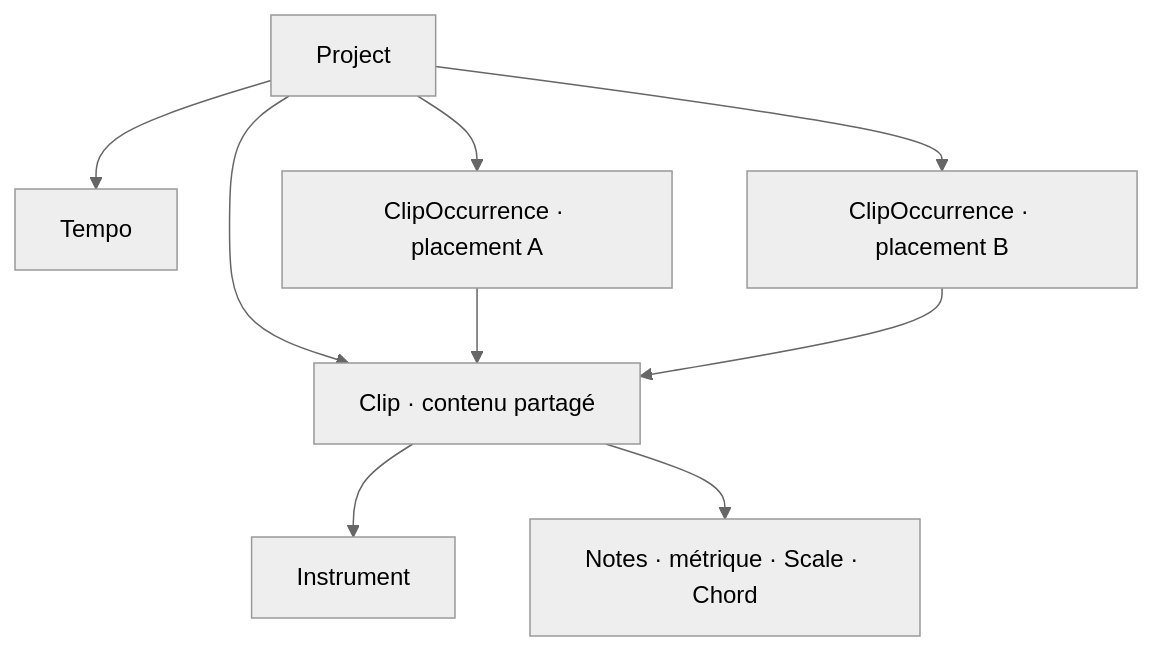
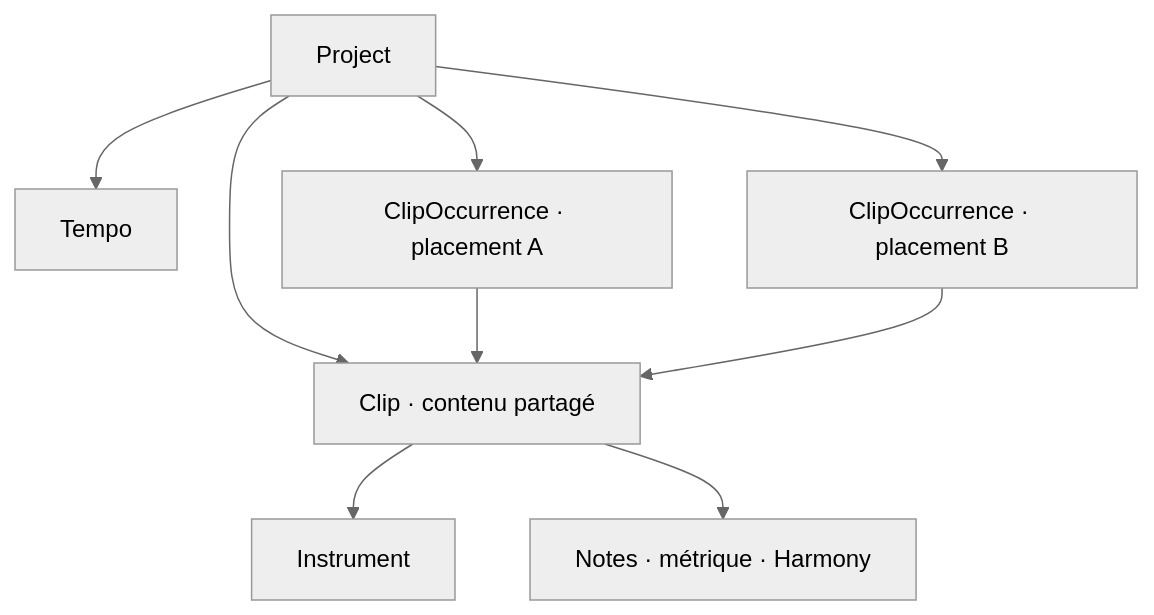
One commit to LucasBertrand/pianola-doc changed the second of 4 diagrams in architecture.md. Above: the diagram before and after it, drawn with Mermaid (neutral theme). The commit also changed other lines of this file, not shown here.

Commit message:
Restore exclusive harmony timeline

````diff
--- a/architecture.md
+++ b/architecture.md
@@ -81,11 +81,11 @@
 ```mermaid
 flowchart TD
     Project --> Tempo
     Project --> Clip["Clip · contenu partagé"]
     Project --> OccA["ClipOccurrence · placement A"]
     Project --> OccB["ClipOccurrence · placement B"]
     OccA --> Clip
     OccB --> Clip
     Clip --> Instrument
-    Clip --> Content["Notes · métrique · Scale · Chord"]
+    Clip --> Content["Notes · métrique · Harmony"]
 ```
````
